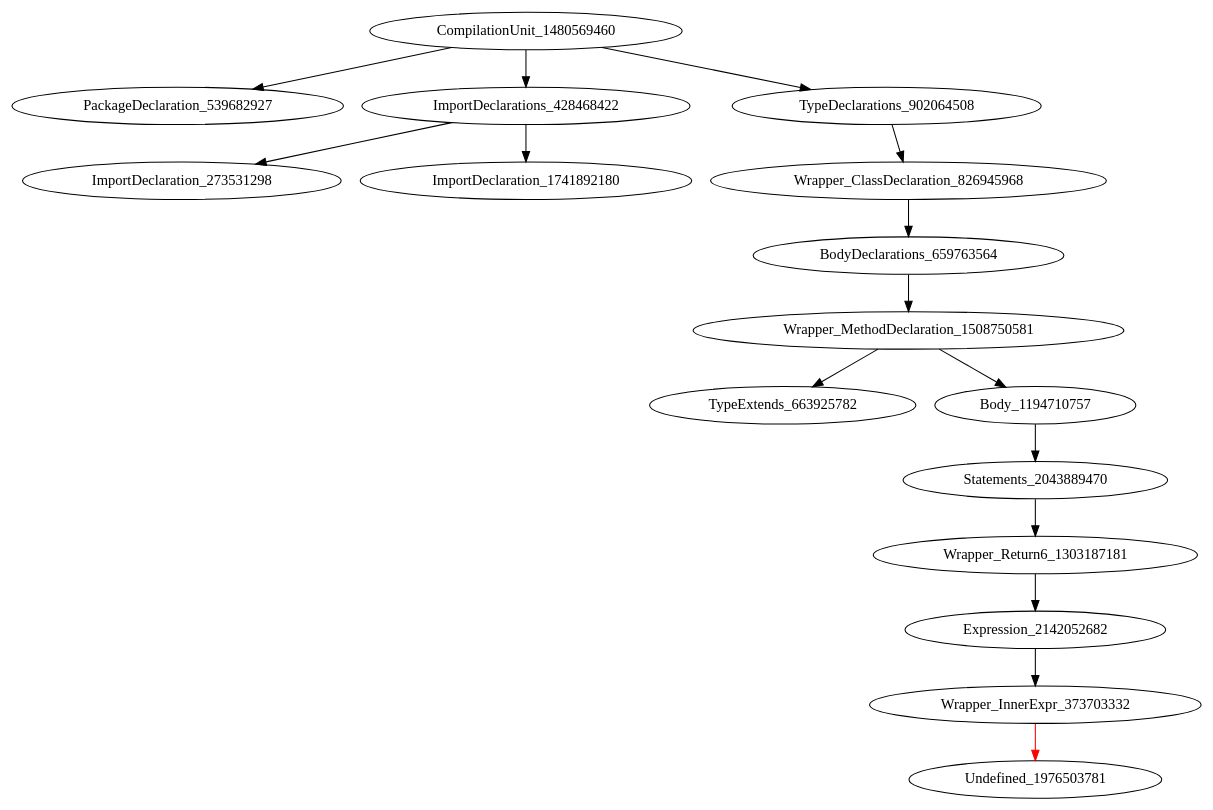
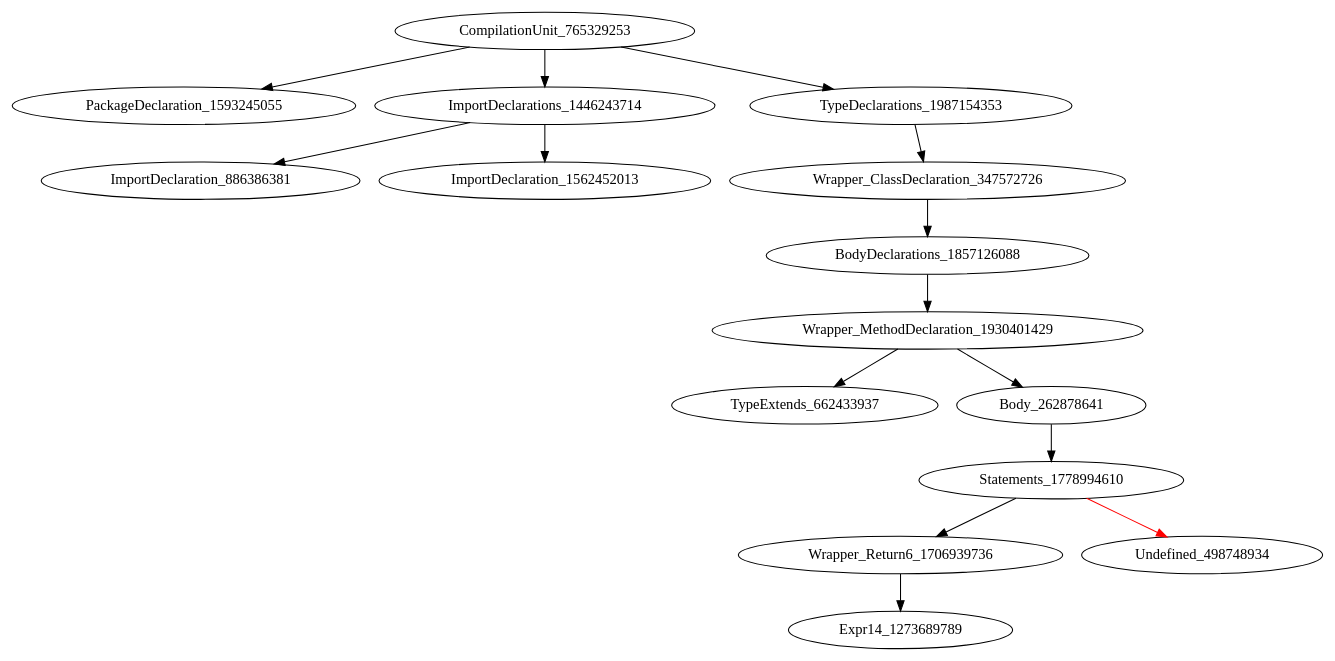
Before and after one commit to icse2023material/VoiceJava: the diagram in holeAST.dot, drawn with Graphviz. The commit also changed 10 other files, not shown here.

```diff
--- a/holeAST.dot
+++ b/holeAST.dot
@@ -1,17 +1,16 @@
 digraph {
-CompilationUnit_1480569460 -> PackageDeclaration_539682927
-CompilationUnit_1480569460 -> ImportDeclarations_428468422
-CompilationUnit_1480569460 -> TypeDeclarations_902064508
-ImportDeclarations_428468422 -> ImportDeclaration_273531298
-ImportDeclarations_428468422 -> ImportDeclaration_1741892180
-TypeDeclarations_902064508 -> Wrapper_ClassDeclaration_826945968
-Wrapper_ClassDeclaration_826945968 -> BodyDeclarations_659763564
-BodyDeclarations_659763564 -> Wrapper_MethodDeclaration_1508750581
-Wrapper_MethodDeclaration_1508750581 -> TypeExtends_663925782
-Wrapper_MethodDeclaration_1508750581 -> Body_1194710757
-Body_1194710757 -> Statements_2043889470
-Statements_2043889470 -> Wrapper_Return6_1303187181
-Wrapper_Return6_1303187181 -> Expression_2142052682
-Expression_2142052682 -> Wrapper_InnerExpr_373703332
-Wrapper_InnerExpr_373703332 -> Undefined_1976503781 [color = red] 
+CompilationUnit_765329253 -> PackageDeclaration_1593245055
+CompilationUnit_765329253 -> ImportDeclarations_1446243714
+CompilationUnit_765329253 -> TypeDeclarations_1987154353
+ImportDeclarations_1446243714 -> ImportDeclaration_886386381
+ImportDeclarations_1446243714 -> ImportDeclaration_1562452013
+TypeDeclarations_1987154353 -> Wrapper_ClassDeclaration_347572726
+Wrapper_ClassDeclaration_347572726 -> BodyDeclarations_1857126088
+BodyDeclarations_1857126088 -> Wrapper_MethodDeclaration_1930401429
+Wrapper_MethodDeclaration_1930401429 -> TypeExtends_662433937
+Wrapper_MethodDeclaration_1930401429 -> Body_262878641
+Body_262878641 -> Statements_1778994610
+Statements_1778994610 -> Wrapper_Return6_1706939736
+Statements_1778994610 -> Undefined_498748934 [color = red] 
+Wrapper_Return6_1706939736 -> Expr14_1273689789
 }
```
